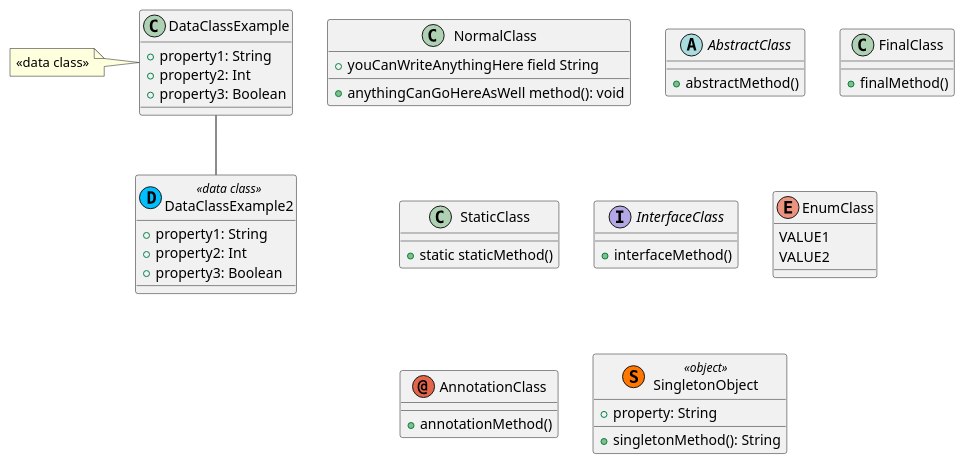
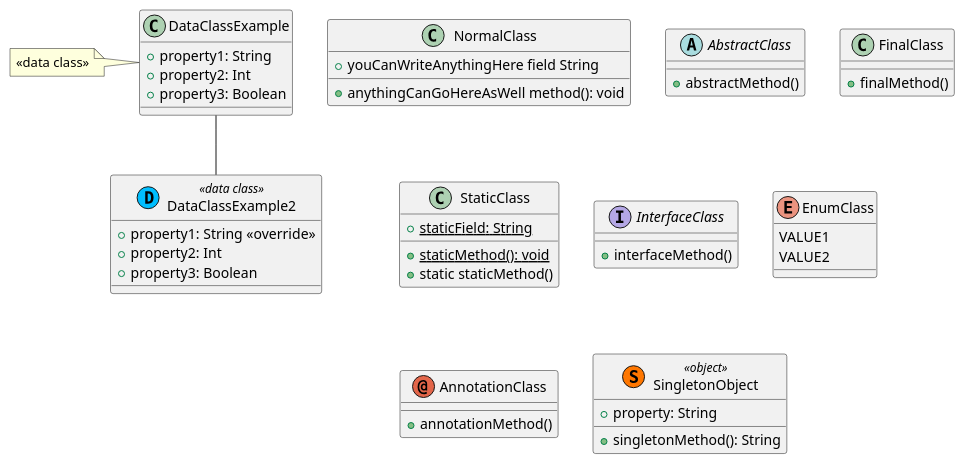
Before and after one commit to OfficerYoda/PlantUML-Parser: the diagram in src/main/kotlin/de/officeryoda/plantuml/ExampleUML.puml, drawn with PlantUML. The commit also changed 11 other files, not shown here.

```diff
--- a/src/main/kotlin/de/officeryoda/plantuml/ExampleUML.puml
+++ b/src/main/kotlin/de/officeryoda/plantuml/ExampleUML.puml
@@ -1,56 +1,58 @@
 @startuml
 
 class NormalClass {
 	+youCanWriteAnythingHere field String
 	+anythingCanGoHereAsWell method(): void
 }
 
 class DataClassExample {
     +property1: String
     +property2: Int
     +property3: Boolean
 }
 
 note left of DataClassExample
   <<data class>>
 end note
 
 class DataClassExample2 <<(D, #00BFFF) data class>> {
-    +property1: String
+    +property1: String <<override>>
     +property2: Int
     +property3: Boolean
 }
 
 abstract class AbstractClass {
     +abstractMethod()
 }
 
 class FinalClass {
     +finalMethod()
 }
 
 class StaticClass {
+    +{static} staticField: String
+    +{static} staticMethod(): void
     +static staticMethod()
 }
 
 interface InterfaceClass {
     +interfaceMethod()
 }
 
 enum EnumClass {
     VALUE1
     VALUE2
 }
 
 annotation AnnotationClass {
     +annotationMethod()
 }
 
 class SingletonObject <<(S, #FF7700) object>> {
     +property: String
     +singletonMethod(): String
 }
 
 DataClassExample -- DataClassExample2
 
 @enduml
```
